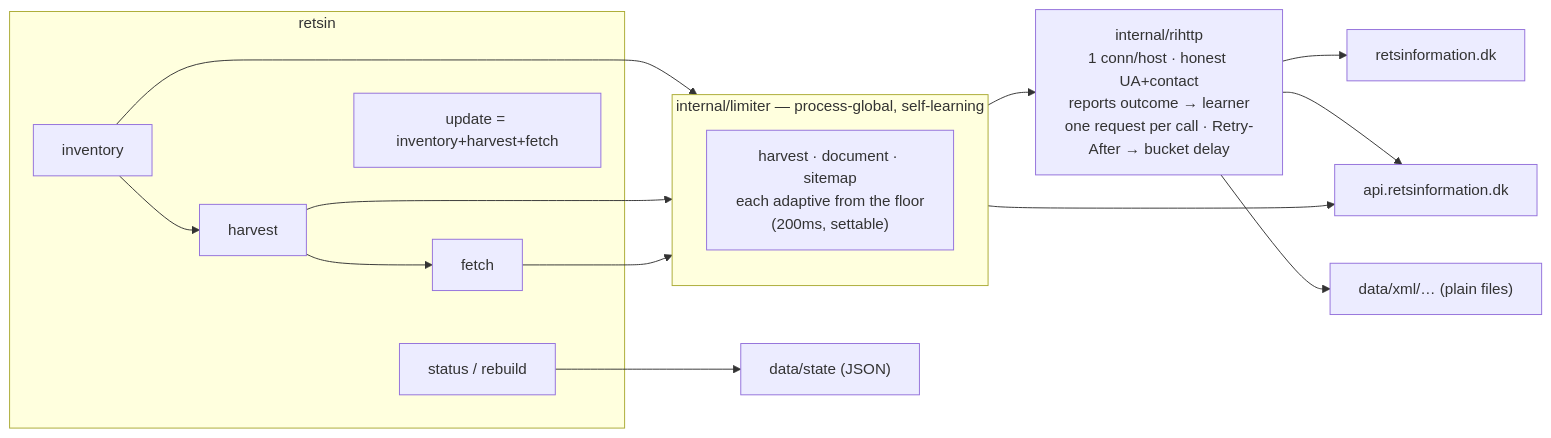
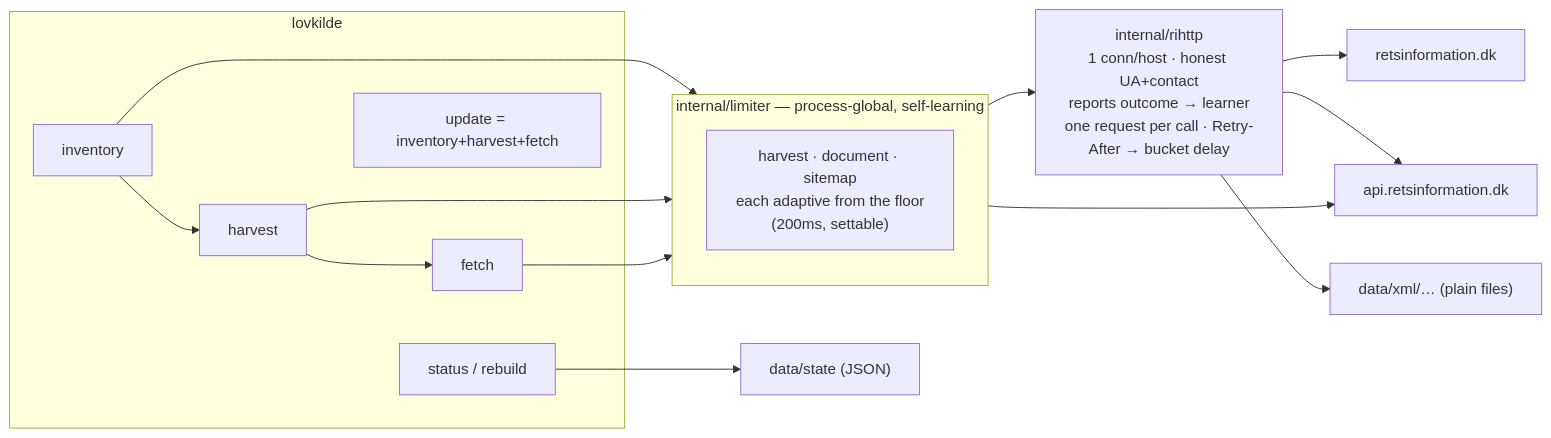
One commit to lkarlslund/lovkilde changed the diagram in README.md. Above: the diagram before and after it, drawn with Mermaid. The commit also changed other lines of this file and 61 other files, not shown here.

Commit message:
The program is called Lovkilde: binaries lovkilde and lovkilde-update, artifacts .lkz and indexes .lkiz (.retsin artifacts are still read)

````diff
--- a/README.md
+++ b/README.md
@@ -733,17 +733,17 @@
 ```mermaid
 flowchart LR
-  subgraph CLI["retsin"]
+  subgraph CLI["lovkilde"]
     C1["inventory"] --> C2["harvest"] --> C3["fetch"]
     U["update = inventory+harvest+fetch"]
     S["status / rebuild"]
   end
   subgraph PACE["internal/limiter — process-global, self-learning"]
     B["harvest · document · sitemap<br/>each adaptive from the floor<br/>(200ms, settable)"]
   end
   C1 & C2 & C3 --> PACE --> H["internal/rihttp<br/>1 conn/host · honest UA+contact<br/>reports outcome → learner<br/>one request per call · Retry-After → bucket delay"]
   H --> RI["retsinformation.dk"]
   PACE --> RI2["api.retsinformation.dk"]
   H --> RI2
   H --> A["data/xml/… (plain files)"]
   S --> K["data/state (JSON)"]
 ```
````
